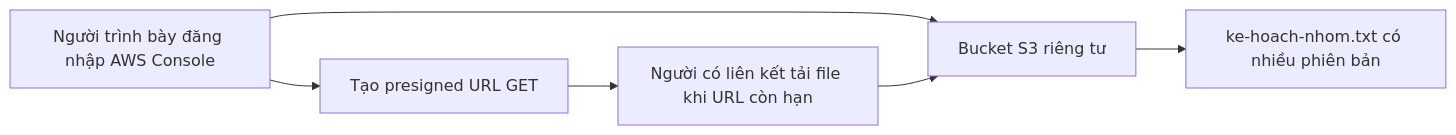
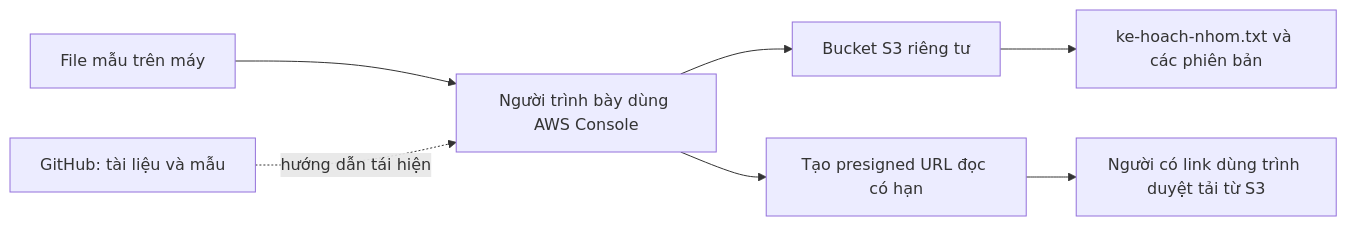
Before and after one commit to st4rlight3/amazon-s3-kho-tai-lieu-demo: the diagram in README.md, drawn with Mermaid. The commit also changed other lines of this file and 16 other files, not shown here.

````diff
--- a/README.md
+++ b/README.md
@@ -36,8 +19,9 @@
 ```mermaid
 flowchart LR
-    A[Người trình bày đăng nhập AWS Console] --> B[Bucket S3 riêng tư]
-    B --> C[ke-hoach-nhom.txt có nhiều phiên bản]
-    A --> D[Tạo presigned URL GET]
-    D --> E[Người có liên kết tải file khi URL còn hạn]
-    E --> B
+    A[File mẫu trên máy] --> B[Người trình bày dùng AWS Console]
+    B --> C[Bucket S3 riêng tư]
+    C --> D[ke-hoach-nhom.txt và các phiên bản]
+    B --> E[Tạo presigned URL đọc có hạn]
+    E --> F[Người có link dùng trình duyệt tải từ S3]
+    G[GitHub: tài liệu và mẫu] -. hướng dẫn tái hiện .-> B
 ```
````
